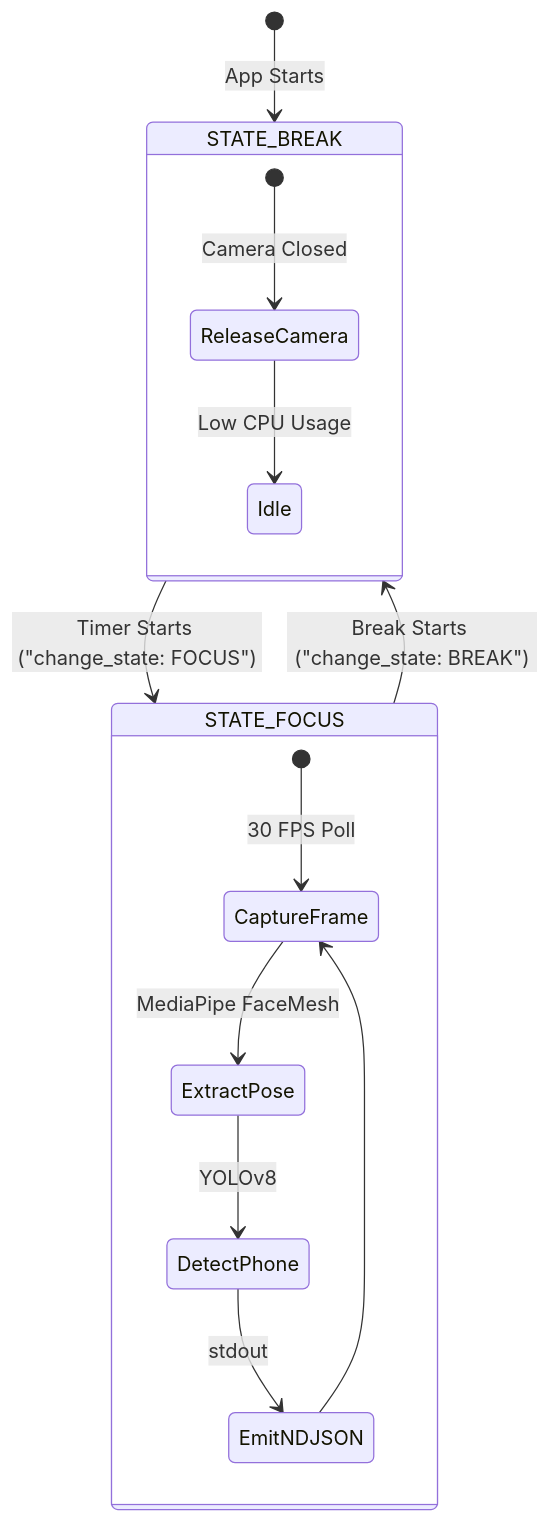
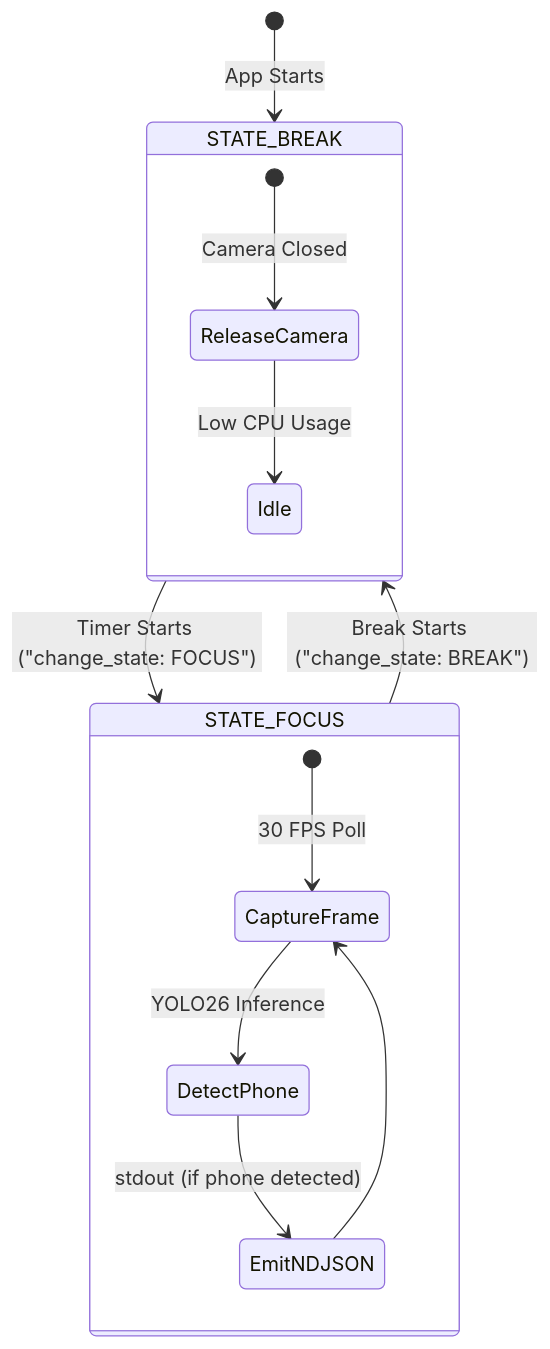
The diagram in src-python/core/CONTEXT.md (Masterslayer7/FocusSentinel), drawn with Mermaid before and after one commit. The commit also changed other lines of this file and 3 other files, not shown here.

````diff
--- a/src-python/core/CONTEXT.md
+++ b/src-python/core/CONTEXT.md
@@ -30,20 +25,19 @@
 ```mermaid
 stateDiagram-v2
     [*] --> STATE_BREAK: App Starts
     
     STATE_BREAK --> STATE_FOCUS: Timer Starts ("change_state: FOCUS")
     STATE_FOCUS --> STATE_BREAK: Break Starts ("change_state: BREAK")
     
     state STATE_FOCUS {
         [*] --> CaptureFrame: 30 FPS Poll
-        CaptureFrame --> ExtractPose: MediaPipe FaceMesh
-        ExtractPose --> DetectPhone: YOLOv8
-        DetectPhone --> EmitNDJSON: stdout
+        CaptureFrame --> DetectPhone: YOLO26 Inference
+        DetectPhone --> EmitNDJSON: stdout (if phone detected)
         EmitNDJSON --> CaptureFrame
     }
     
     state STATE_BREAK {
         [*] --> ReleaseCamera: Camera Closed
         ReleaseCamera --> Idle: Low CPU Usage
     }
 ```
````
